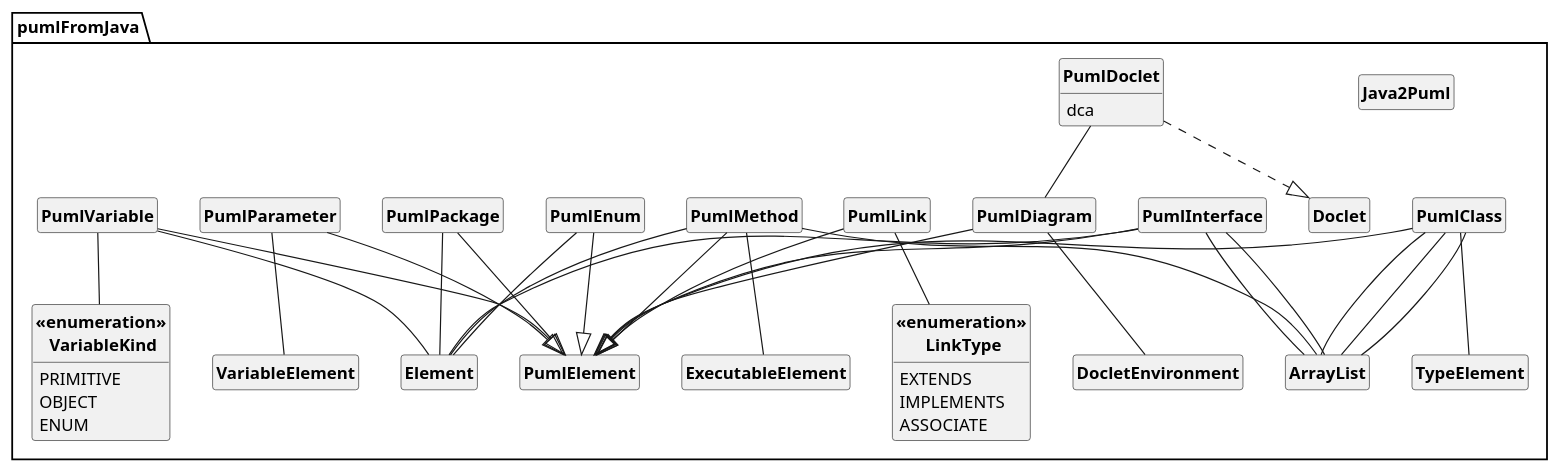
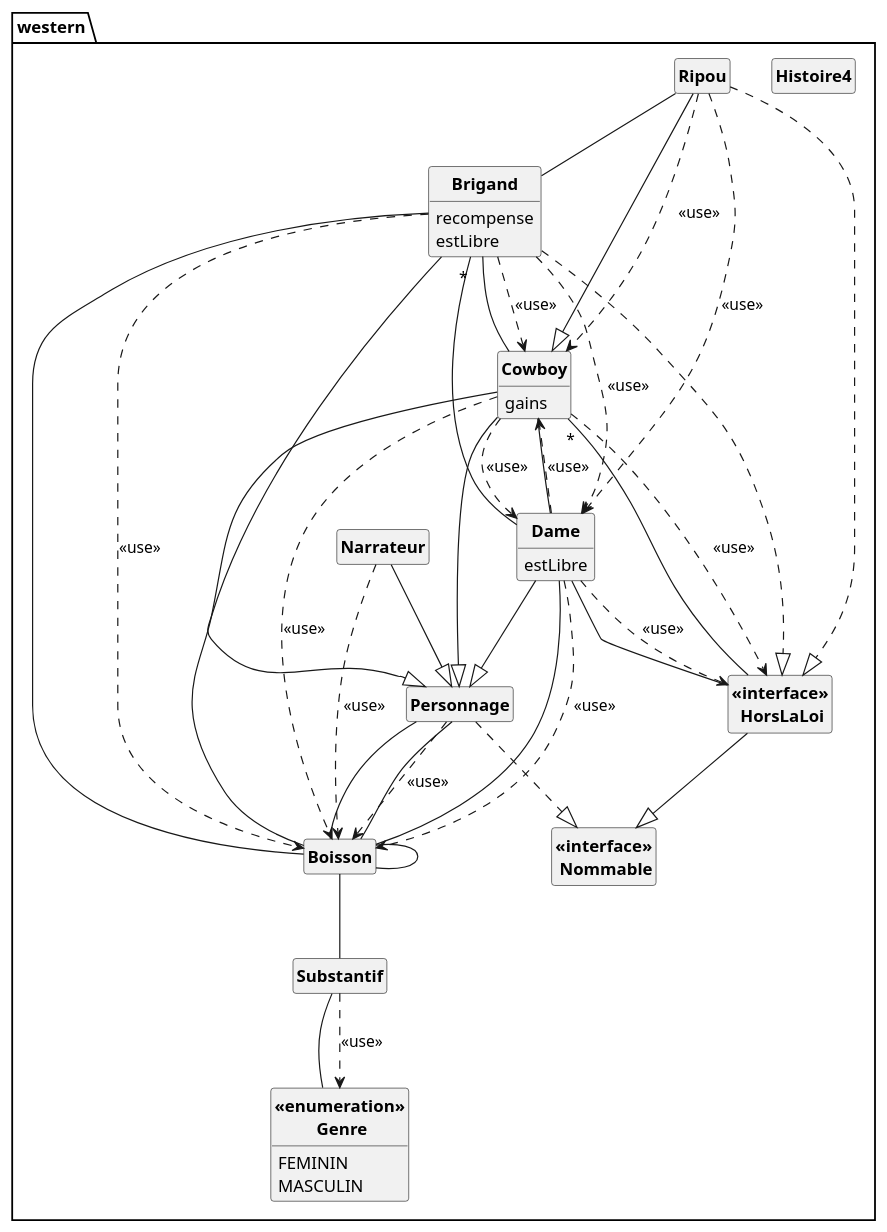
The diagram in javadoc.puml (Lykomonix/API-JAVAtoPUML), drawn with PlantUML before and after one commit. The commit also changed 24 other files, not shown here.

```diff
--- a/javadoc.puml
+++ b/javadoc.puml
@@ -1,114 +1,109 @@
 @startuml
 
 skinparam style strictuml
 skinparam classAttributeIconSize 0
 skinparam classFontStyle Bold
 hide empty members
 
-Package "pumlFromJava" {
-class Java2Puml
+Package "western" {
+class Boisson
 {
 }
 
-class PumlClass
+class Brigand
+{
+recompense
+estLibre
+}
+
+class Cowboy
+{
+gains
+}
+
+class Dame
+{
+estLibre
+}
+
+class Histoire4
 {
 }
 
-class PumlDiagram
+class Narrateur
 {
 }
 
-class PumlDoclet
-{
-dca
-}
-
-class PumlElement
+class Personnage
 {
 }
 
-class PumlEnum
+class Ripou
 {
 }
 
-class PumlInterface
+class Substantif
 {
 }
 
-class PumlLink
+class "<<interface>>\n HorsLaLoi" as HorsLaLoi
+
+class "<<interface>>\n Nommable" as Nommable
+
+class "<<enumeration>>\n Genre" as Genre
 {
+FEMININ
+MASCULIN
 }
 
-class PumlMethod
-{
-}
+Boisson -- Substantif
+Boisson -- Boisson
 
-class PumlPackage
-{
-}
+Brigand --|> Personnage
+Brigand ..|> HorsLaLoi
+Brigand "*"  -- Dame
+Brigand -- Cowboy
+Brigand -- Boisson
+Brigand ..> Dame : <<use>> 
+Brigand ..> Cowboy : <<use>> 
+Brigand ..> Boisson : <<use>> 
 
-class PumlParameter
-{
-}
+Cowboy --|> Personnage
+Cowboy "*"  -- HorsLaLoi
+Cowboy -- Boisson
+Cowboy ..> Dame : <<use>> 
+Cowboy ..> HorsLaLoi : <<use>> 
+Cowboy ..> Boisson : <<use>> 
 
-class PumlVariable
-{
-}
-
-class "<<enumeration>>\n LinkType" as LinkType
-{
-EXTENDS
-IMPLEMENTS
-ASSOCIATE
-}
-
-class "<<enumeration>>\n VariableKind" as VariableKind
-{
-PRIMITIVE
-OBJECT
-ENUM
-}
+Dame --|> Personnage
+Dame -- Cowboy
+Dame -- HorsLaLoi
+Dame -- Boisson
+Dame ..> HorsLaLoi : <<use>> 
+Dame ..> Cowboy : <<use>> 
+Dame ..> Boisson : <<use>> 
 
 
-PumlClass --|> PumlElement
-PumlClass -- TypeElement
-PumlClass -- ArrayList
-PumlClass -- ArrayList
-PumlClass -- ArrayList
+Narrateur --|> Personnage
+Narrateur ..> Boisson : <<use>> 
 
-PumlDiagram --|> PumlElement
-PumlDiagram -- DocletEnvironment
+Personnage ..|> Nommable
+Personnage -- Boisson
+Personnage -- Boisson
+Personnage ..> Boisson : <<use>> 
 
-PumlDoclet ..|> Doclet
-PumlDoclet -- PumlDiagram
+Ripou --|> Cowboy
+Ripou ..|> HorsLaLoi
+Ripou -- Brigand
+Ripou ..> Dame : <<use>> 
+Ripou ..> Cowboy : <<use>> 
 
+Substantif -- Genre
+Substantif ..> Genre : <<use>> 
 
-PumlEnum --|> PumlElement
-PumlEnum -- Element
+HorsLaLoi --|> Nommable
 
-PumlInterface --|> PumlElement
-PumlInterface -- Element
-PumlInterface -- ArrayList
-PumlInterface -- ArrayList
-
-PumlLink --|> PumlElement
-PumlLink -- LinkType
-
-PumlMethod --|> PumlElement
-PumlMethod -- Element
-PumlMethod -- ExecutableElement
-PumlMethod -- ArrayList
-
-PumlPackage --|> PumlElement
-PumlPackage -- Element
-
-PumlParameter --|> PumlElement
-PumlParameter -- VariableElement
-
-PumlVariable --|> PumlElement
-PumlVariable -- Element
-PumlVariable -- VariableKind
 
 }
 
 @enduml
```
